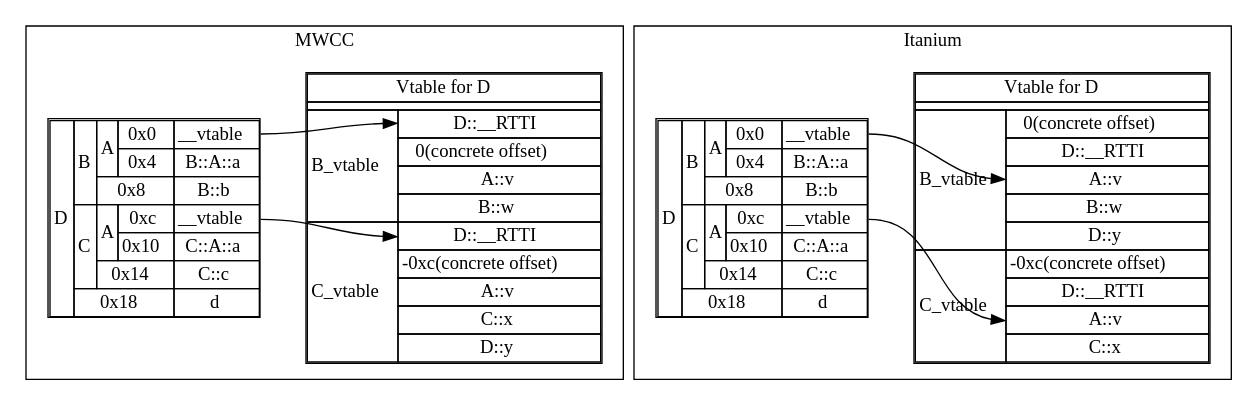
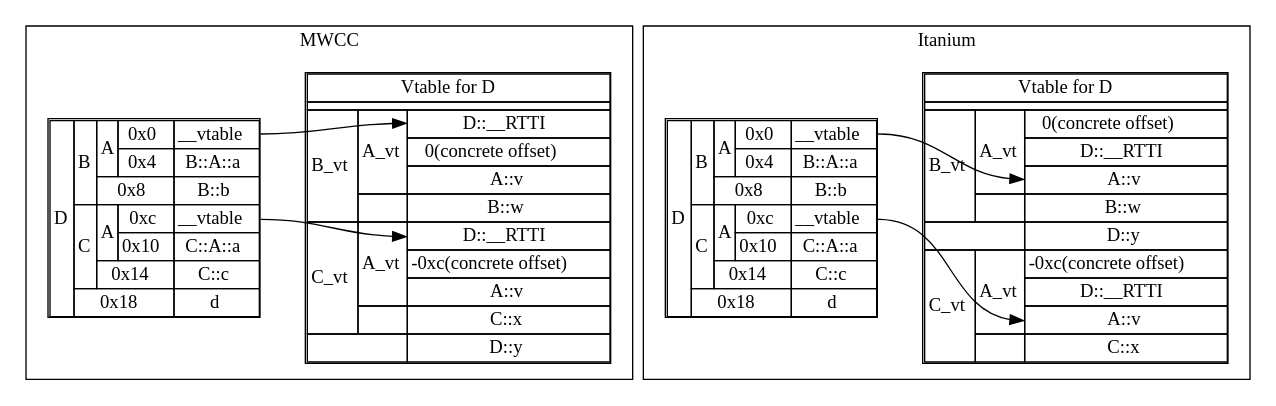
Before and after one commit to SephDB/mwcc-abi: the fourth of 5 diagrams in docs/vtable_basic.md, drawn with Graphviz. The commit also changed other lines of this file and 1 other file, not shown here.

Commit message:
md and diagram cleanup

````diff
--- a/docs/vtable_basic.md
+++ b/docs/vtable_basic.md
@@ -166,64 +170,64 @@
 ```dot
 digraph G {
     rankdir=TB;
     node [shape=none];
     
     subgraph cluster_mwcc {
         label="MWCC";
         {rank=same;
         D [label=<<table cellspacing="0">
             <tr><td rowspan="7">D</td><td rowspan="3">B</td><td rowspan="2">A</td><td>0x0</td><td port="D_vt1">__vtable</td></tr>
             <tr><td>0x4</td><td>B::A::a</td></tr>
             <tr><td colspan="2">0x8</td><td>B::b</td></tr>
             <tr><td rowspan="3">C</td><td rowspan="2">A</td><td>0xc</td><td port="D_vt2">__vtable</td></tr>
             <tr><td>0x10</td><td>C::A::a</td></tr>
             <tr><td colspan="2">0x14</td><td>C::c</td></tr>
             <tr><td colspan="3">0x18</td><td>d</td></tr>
         </table>>];
         D_vt [label=<<table cellspacing="0">
-            <tr><td colspan="2">Vtable for D</td></tr><tr><td colspan="2"></td></tr>
-            <tr><td rowspan="4">B_vtable</td><td port="D_RTTI1">D::__RTTI</td></tr>
+            <tr><td colspan="3">Vtable for D</td></tr><tr><td colspan="3"></td></tr>
+            <tr><td rowspan="4">B_vt</td><td rowspan="3">A_vt</td><td port="D_RTTI1">D::__RTTI</td></tr>
             <tr><td>0(concrete offset)</td></tr>
             <tr><td>A::v</td></tr>
-            <tr><td>B::w</td></tr>
-            <tr><td rowspan="5">C_vtable</td><td port="D_RTTI2">D::__RTTI</td></tr>
+            <tr><td></td><td>B::w</td></tr>
+            <tr><td rowspan="4">C_vt</td><td rowspan="3">A_vt</td><td port="D_RTTI2">D::__RTTI</td></tr>
             <tr><td>-0xc(concrete offset)</td></tr>
             <tr><td>A::v</td></tr>
-            <tr><td>C::x</td></tr>
-            <tr><td>D::y</td></tr>
+            <tr><td></td><td>C::x</td></tr>
+            <tr><td colspan="2"></td><td>D::y</td></tr>
         </table>>];
         }
         D:D_vt1 -> D_vt:D_RTTI1:w
         D:D_vt2 -> D_vt:D_RTTI2:w
     }
 
     subgraph cluster_itanium {
         label="Itanium";
         {rank=same
         D2 [label=<<table cellspacing="0">
             <tr><td rowspan="7">D</td><td rowspan="3">B</td><td rowspan="2">A</td><td>0x0</td><td port="D_vt1">__vtable</td></tr>
             <tr><td>0x4</td><td>B::A::a</td></tr>
             <tr><td colspan="2">0x8</td><td>B::b</td></tr>
             <tr><td rowspan="3">C</td><td rowspan="2">A</td><td>0xc</td><td port="D_vt2">__vtable</td></tr>
             <tr><td>0x10</td><td>C::A::a</td></tr>
             <tr><td colspan="2">0x14</td><td>C::c</td></tr>
             <tr><td colspan="3">0x18</td><td>d</td></tr>
         </table>>];
         D2_vt [label=<<table cellspacing="0">
-            <tr><td colspan="2">Vtable for D</td></tr><tr><td colspan="2"></td></tr>
-            <tr><td rowspan="5">B_vtable</td><td>0(concrete offset)</td></tr>
+            <tr><td colspan="3">Vtable for D</td></tr><tr><td colspan="3"></td></tr>
+            <tr><td rowspan="4">B_vt</td><td rowspan="3">A_vt</td><td>0(concrete offset)</td></tr>
             <tr><td>D::__RTTI</td></tr>
             <tr><td port="D_RTTI1">A::v</td></tr>
-            <tr><td>B::w</td></tr>
-            <tr><td>D::y</td></tr>
-            <tr><td rowspan="4">C_vtable</td><td>-0xc(concrete offset)</td></tr>
+            <tr><td></td><td>B::w</td></tr>
+            <tr><td colspan="2"></td><td>D::y</td></tr>
+            <tr><td rowspan="4">C_vt</td><td rowspan="3">A_vt</td><td>-0xc(concrete offset)</td></tr>
             <tr><td>D::__RTTI</td></tr>
             <tr><td port="D_RTTI2">A::v</td></tr>
-            <tr><td>C::x</td></tr>
+            <tr><td></td><td>C::x</td></tr>
         </table>>];
         }
         D2:D_vt1 -> D2_vt:D_RTTI1:w
         D2:D_vt2 -> D2_vt:D_RTTI2:w
     }
 }
 ```
````
